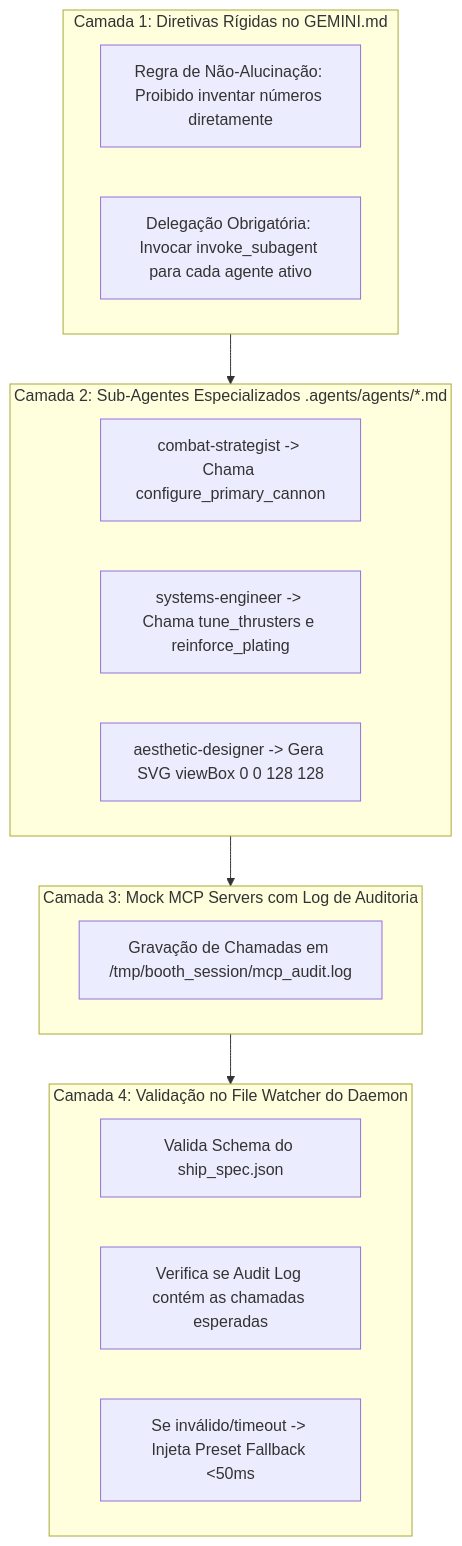
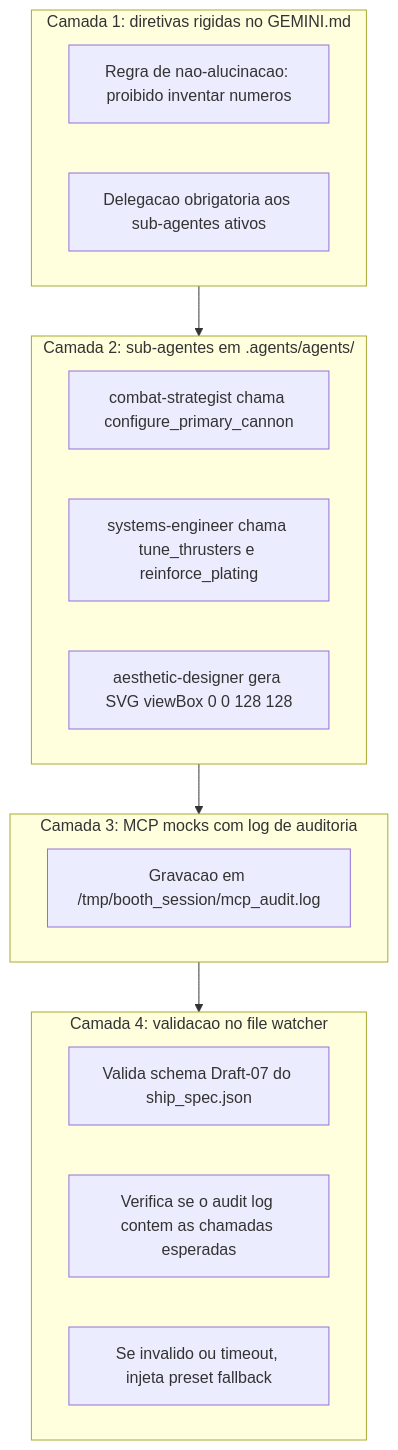
One commit to carlosmscabral/jogo-de-navinha-agy-summit-26 changed the second of 2 diagrams in specs/02_BUILDER_AND_BUDGET_MECHANICS_SPEC.md. Above: the diagram before and after it, drawn with Mermaid. The commit also changed other lines of this file and 10 other files, not shown here.

````diff
--- a/specs/02_BUILDER_AND_BUDGET_MECHANICS_SPEC.md
+++ b/specs/02_BUILDER_AND_BUDGET_MECHANICS_SPEC.md
@@ -45,27 +90,21 @@
 ```mermaid
 graph TD
-    subgraph Camada1 [Camada 1: Diretivas Rígidas no GEMINI.md]
-        G1[Regra de Não-Alucinação: Proibido inventar números diretamente]
-        G2[Delegação Obrigatória: Invocar invoke_subagent para cada agente ativo]
+    subgraph C1 [Camada 1: diretivas rigidas no GEMINI.md]
+        G1[Regra de nao-alucinacao: proibido inventar numeros]
+        G2[Delegacao obrigatoria aos sub-agentes ativos]
     end
-
-    subgraph Camada2 [Camada 2: Sub-Agentes Especializados .agents/agents/*.md]
-        S1[combat-strategist -> Chama configure_primary_cannon]
-        S2[systems-engineer -> Chama tune_thrusters e reinforce_plating]
-        S3[aesthetic-designer -> Gera SVG viewBox 0 0 128 128]
+    subgraph C2 [Camada 2: sub-agentes em .agents/agents/]
+        S1[combat-strategist chama configure_primary_cannon]
+        S2[systems-engineer chama tune_thrusters e reinforce_plating]
+        S3[aesthetic-designer gera SVG viewBox 0 0 128 128]
     end
-
-    subgraph Camada3 [Camada 3: Mock MCP Servers com Log de Auditoria]
-        M1[Gravação de Chamadas em /tmp/booth_session/mcp_audit.log]
+    subgraph C3 [Camada 3: MCP mocks com log de auditoria]
+        M1[Gravacao em /tmp/booth_session/mcp_audit.log]
     end
-
-    subgraph Camada4 [Camada 4: Validação no File Watcher do Daemon]
-        V1[Valida Schema do ship_spec.json]
-        V2[Verifica se Audit Log contém as chamadas esperadas]
-        V3[Se inválido/timeout -> Injeta Preset Fallback <50ms]
+    subgraph C4 [Camada 4: validacao no file watcher]
+        V1[Valida schema Draft-07 do ship_spec.json]
+        V2[Verifica se o audit log contem as chamadas esperadas]
+        V3[Se invalido ou timeout, injeta preset fallback]
     end
-
-    Camada1 --> Camada2
-    Camada2 --> Camada3
-    Camada3 --> Camada4
+    C1 --> C2 --> C3 --> C4
 ```
````
